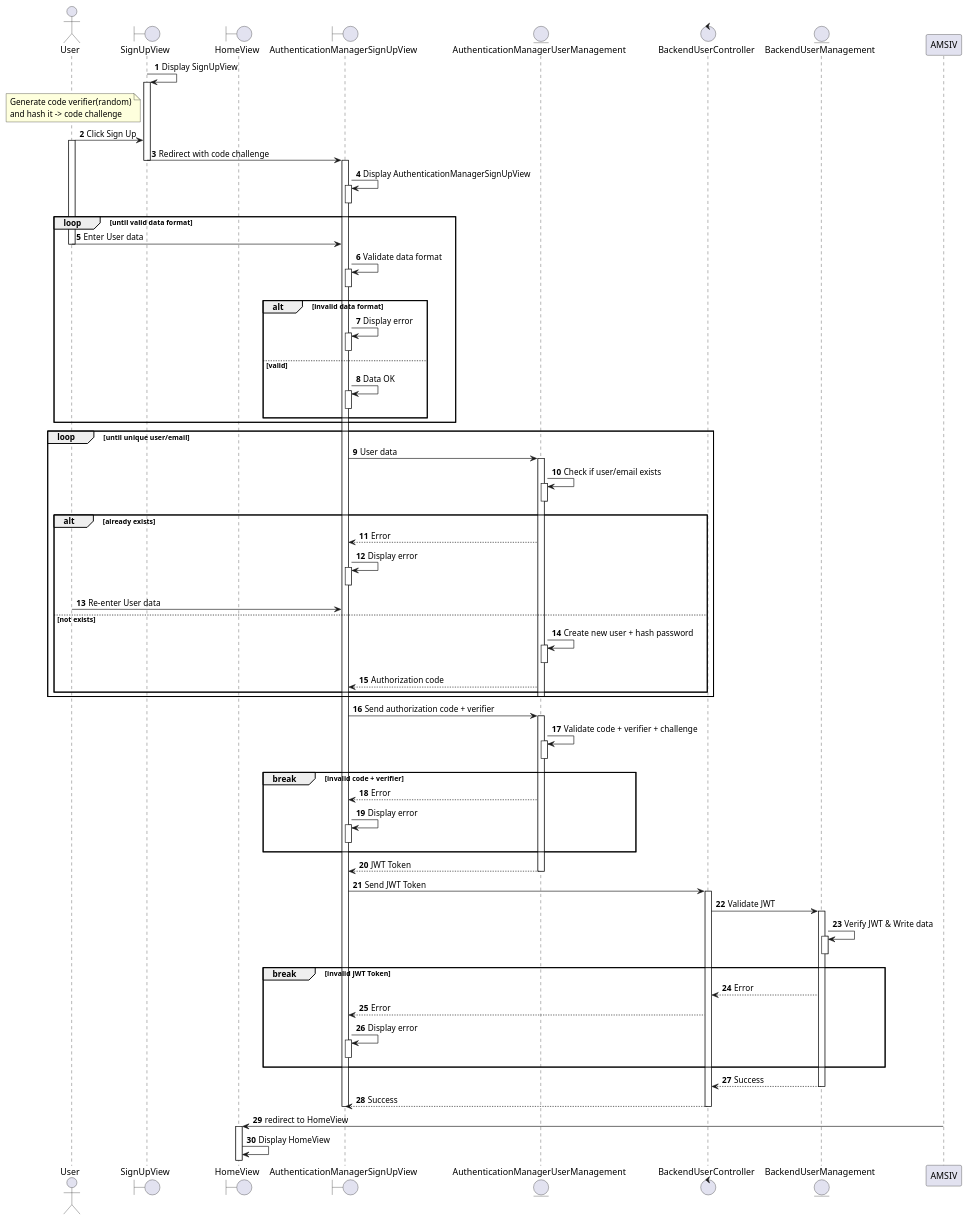
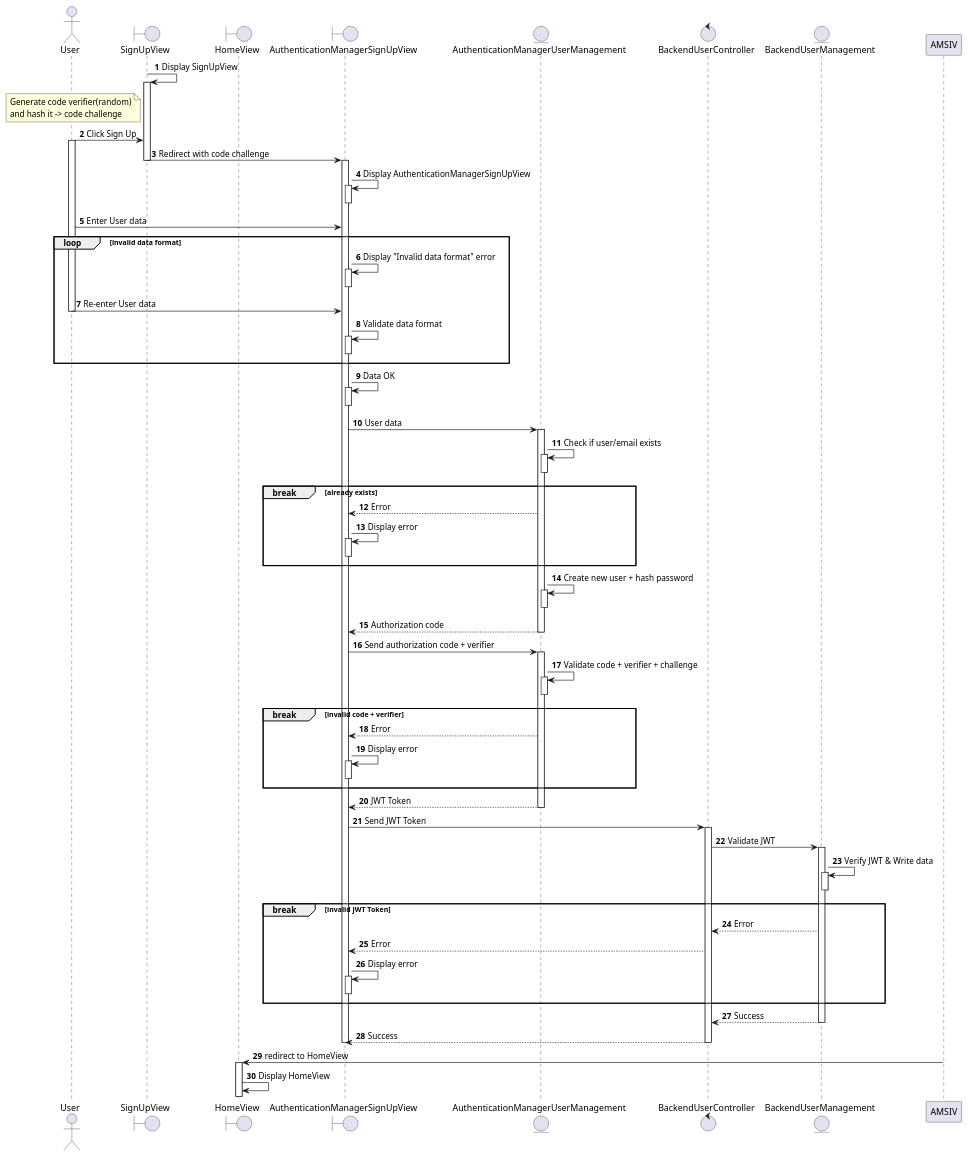
One commit to electricilies/electricilies.github.io changed the diagram in docs/docs/sequence/auth/sign-up.md. Above: the diagram before and after it, drawn with PlantUML. The commit also changed 1 other file, not shown here.

Commit message:
fix(sign-in,sign-up): loop

```diff
--- a/docs/docs/sequence/auth/sign-up.md
+++ b/docs/docs/sequence/auth/sign-up.md
@@ -24,48 +24,39 @@
 AMSUV -> AMSUV: Display AuthenticationManagerSignUpView
 activate AMSUV
 deactivate AMSUV
+  U -> AMSUV: Enter User data
 
-loop until valid data format
-  U -> AMSUV: Enter User data
+loop invalid data format
+  AMSUV -> AMSUV: Display "Invalid data format" error
+  activate AMSUV
+  deactivate AMSUV
+  U -> AMSUV: Re-enter User data
   deactivate U
-
   AMSUV -> AMSUV: Validate data format
   activate AMSUV
   deactivate AMSUV
+end
+AMSUV -> AMSUV: Data OK
+activate AMSUV
+deactivate AMSUV
 
-  alt invalid data format
-    AMSUV -> AMSUV: Display error
-    activate AMSUV
-    deactivate AMSUV
-  else valid
-    AMSUV -> AMSUV: Data OK
-    activate AMSUV
-    deactivate AMSUV
-  end
-end
+AMSUV -> AMUM: User data
+activate AMUM
+AMUM -> AMUM: Check if user/email exists
+activate AMUM
+deactivate AMUM
 
-loop until unique user/email
-  AMSUV -> AMUM: User data
-  activate AMUM
-  AMUM -> AMUM: Check if user/email exists
-  activate AMUM
-  deactivate AMUM
-
-  alt already exists
+break already exists
     AMSUV <-- AMUM: Error
     AMSUV -> AMSUV: Display error
     activate AMSUV
     deactivate AMSUV
-    U -> AMSUV: Re-enter User data
-    deactivate U
-  else not exists
-    AMUM -> AMUM: Create new user + hash password
-    activate AMUM
-    deactivate AMUM
-    AMSUV <-- AMUM: Authorization code
-  end
-  deactivate AMUM
 end
+AMUM -> AMUM: Create new user + hash password
+activate AMUM
+deactivate AMUM
+AMSUV <-- AMUM: Authorization code
+deactivate AMUM
 
 AMSUV -> AMUM: Send authorization code + verifier
 activate AMUM
```
